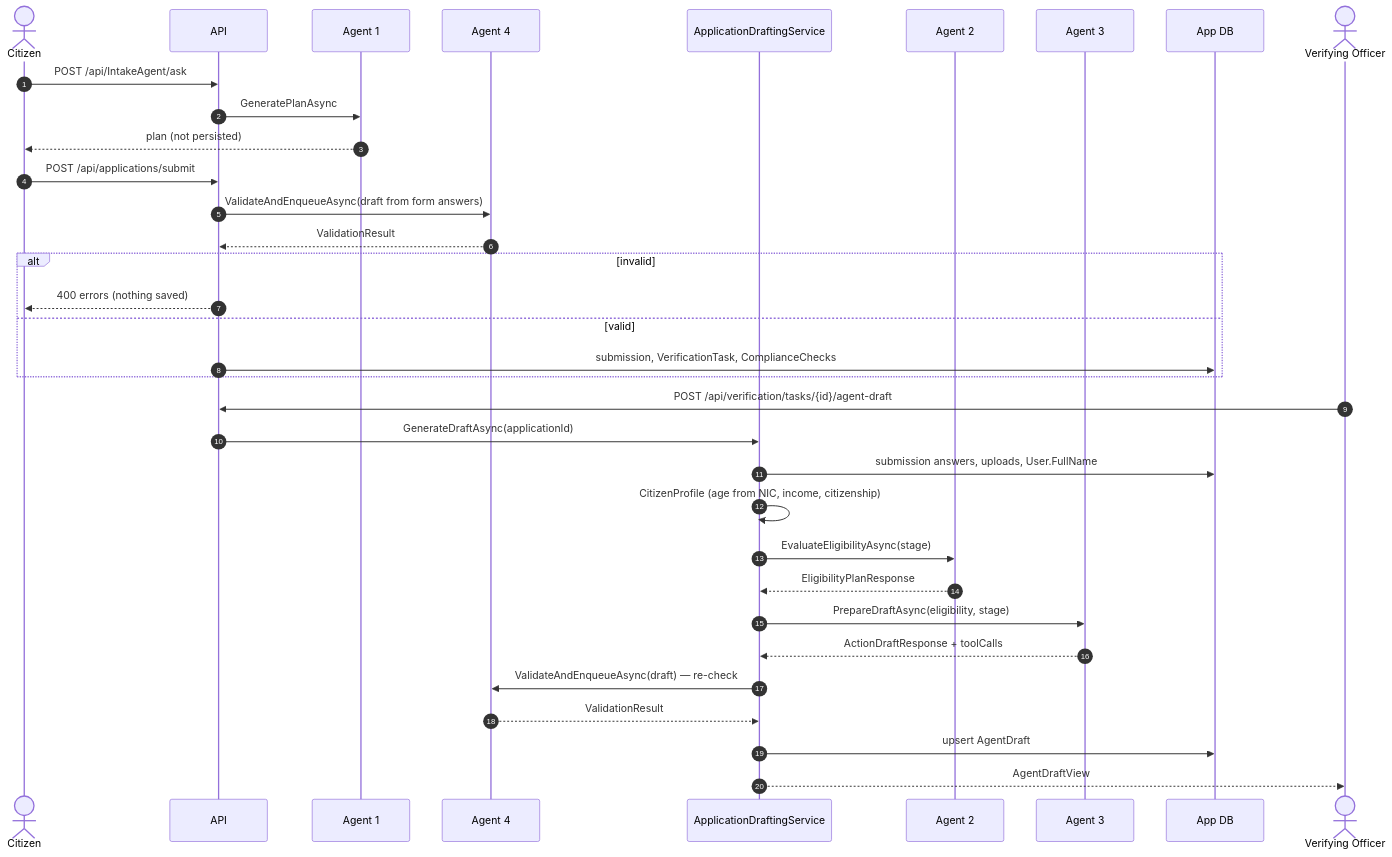
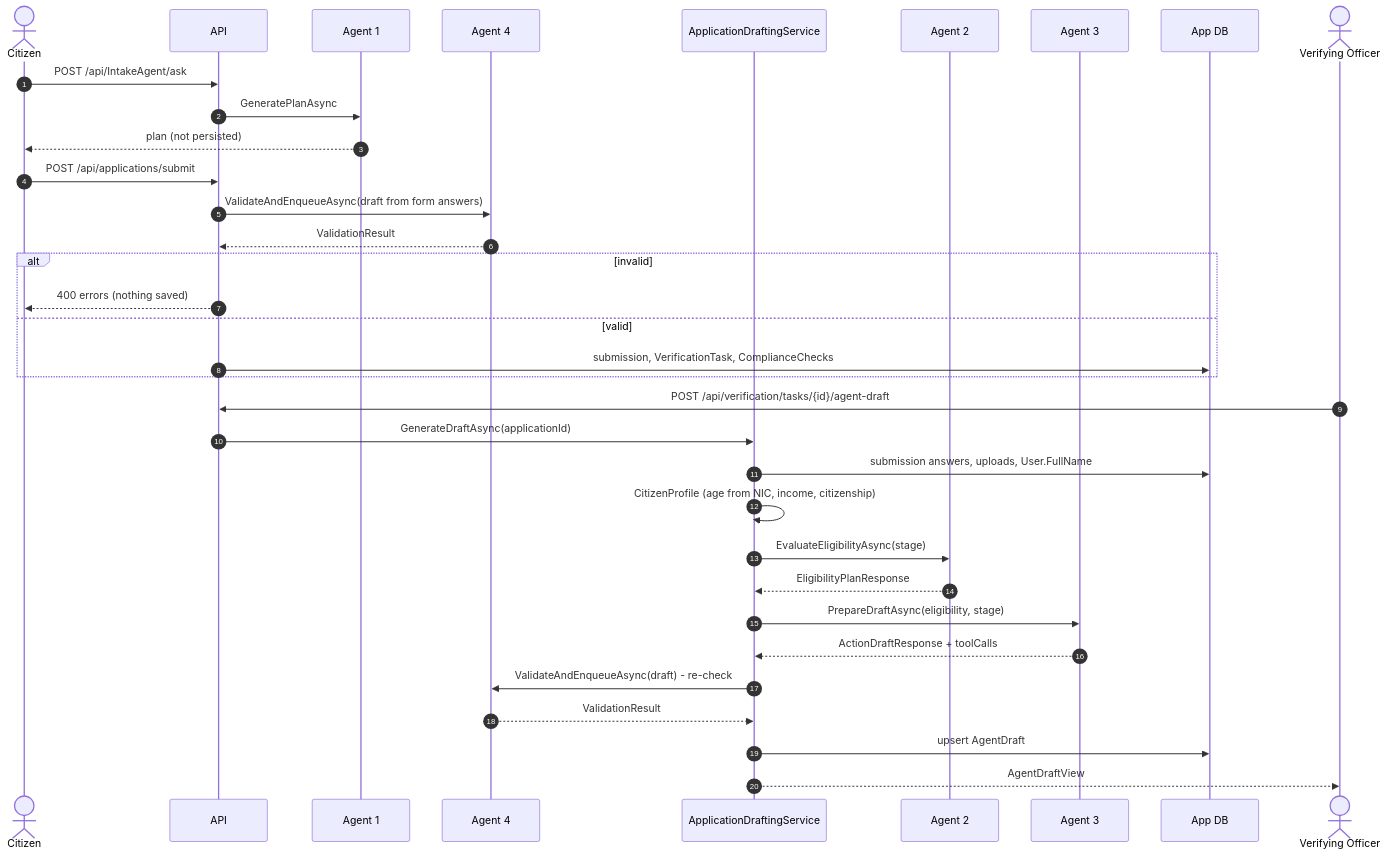
Before and after one commit to Chathuka-Pehesara/Government_Service_Navigator_New: the third of 3 diagrams in docs/diagrams/agentic-ai-architecture.md, drawn with Mermaid. The commit also changed other lines of this file and 11 other files, not shown here.

````diff
--- a/docs/diagrams/agentic-ai-architecture.md
+++ b/docs/diagrams/agentic-ai-architecture.md
@@ -175,39 +175,39 @@
 ```mermaid
 sequenceDiagram
     autonumber
     actor Cit as Citizen
     participant API as API
     participant A1 as Agent 1
     participant A4 as Agent 4
     participant DS as ApplicationDraftingService
     participant A2 as Agent 2
     participant A3 as Agent 3
     participant DB as App DB
     actor VO as Verifying Officer
 
     Cit->>API: POST /api/IntakeAgent/ask
     API->>A1: GeneratePlanAsync
     A1-->>Cit: plan (not persisted)
 
     Cit->>API: POST /api/applications/submit
     API->>A4: ValidateAndEnqueueAsync(draft from form answers)
     A4-->>API: ValidationResult
     alt invalid
         API-->>Cit: 400 errors (nothing saved)
     else valid
         API->>DB: submission, VerificationTask, ComplianceChecks
     end
 
     VO->>API: POST /api/verification/tasks/{id}/agent-draft
     API->>DS: GenerateDraftAsync(applicationId)
     DS->>DB: submission answers, uploads, User.FullName
     DS->>DS: CitizenProfile (age from NIC, income, citizenship)
     DS->>A2: EvaluateEligibilityAsync(stage)
     A2-->>DS: EligibilityPlanResponse
     DS->>A3: PrepareDraftAsync(eligibility, stage)
     A3-->>DS: ActionDraftResponse + toolCalls
-    DS->>A4: ValidateAndEnqueueAsync(draft) — re-check
+    DS->>A4: ValidateAndEnqueueAsync(draft) - re-check
     A4-->>DS: ValidationResult
     DS->>DB: upsert AgentDraft
     DS-->>VO: AgentDraftView
 ```
````
